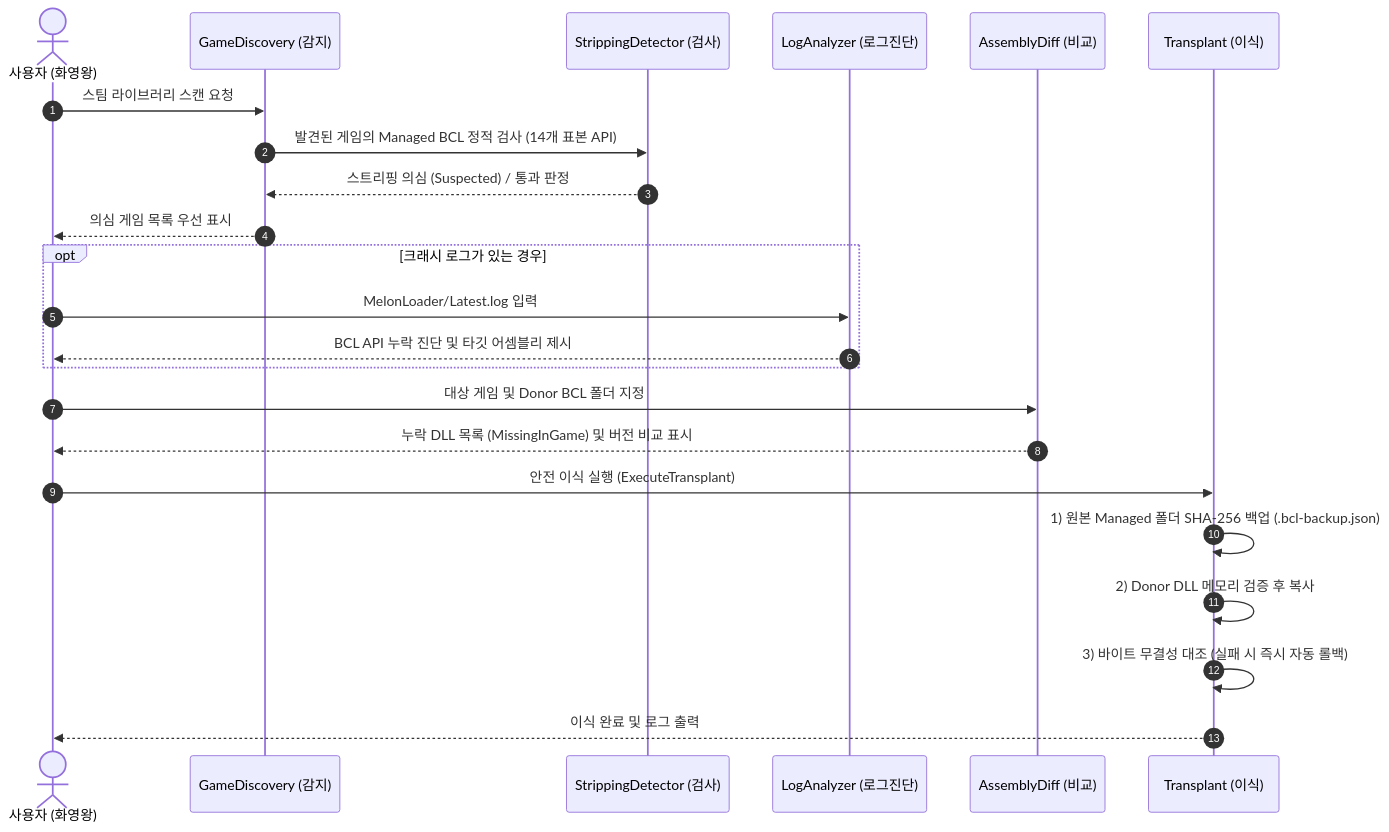
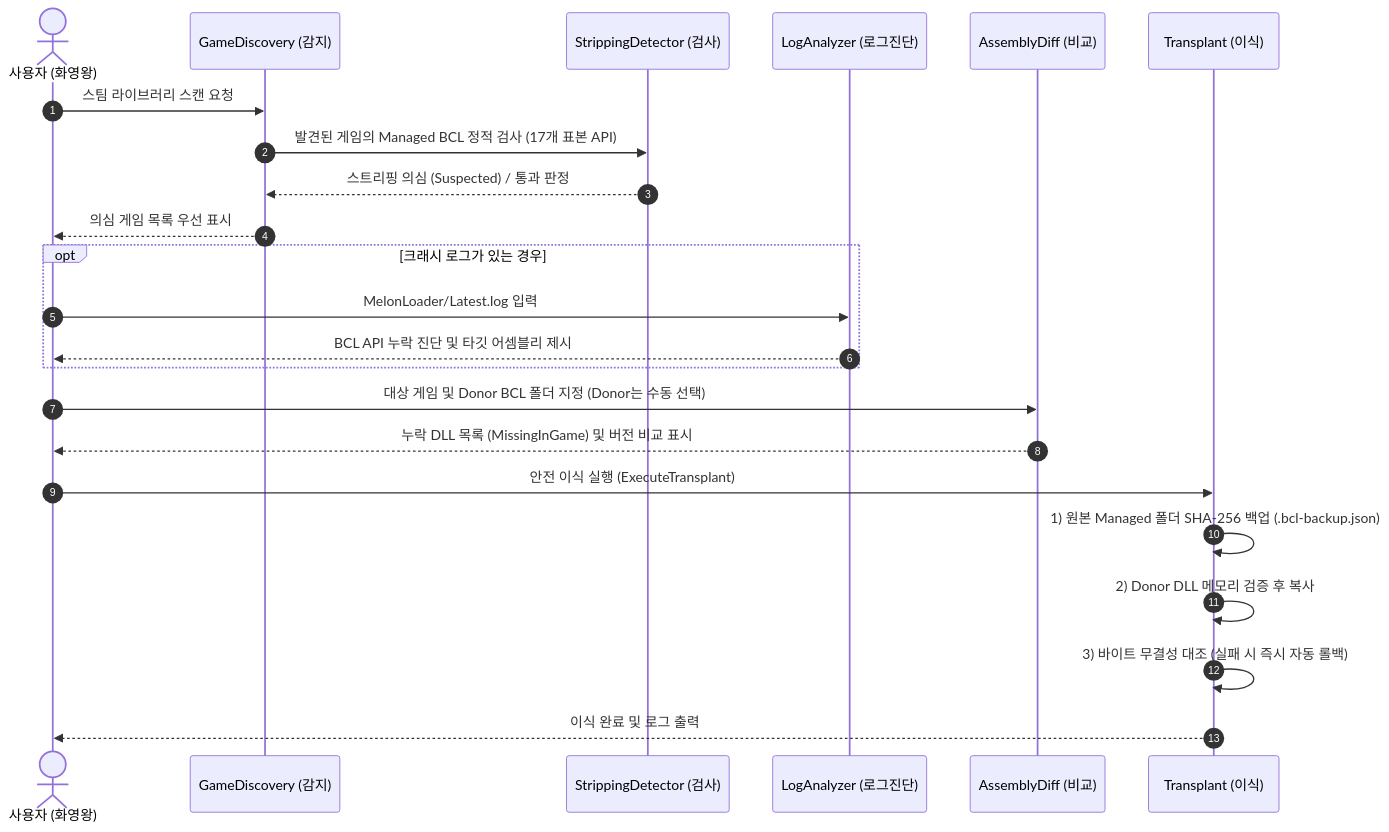
One commit to magjangin/bcl-tool-app changed the diagram in docs/01-tool-overview-and-architecture.md. Above: the diagram before and after it, drawn with Mermaid. The commit also changed other lines of this file and 9 other files, not shown here.

````diff
--- a/docs/01-tool-overview-and-architecture.md
+++ b/docs/01-tool-overview-and-architecture.md
@@ -63,29 +64,29 @@
 ```mermaid
 sequenceDiagram
     autonumber
     actor User as 사용자 (화영왕)
     participant GD as GameDiscovery (감지)
     participant Det as StrippingDetector (검사)
     participant Log as LogAnalyzer (로그진단)
     participant Diff as AssemblyDiff (비교)
     participant Trans as Transplant (이식)
 
     User->>GD: 스팀 라이브러리 스캔 요청
-    GD->>Det: 발견된 게임의 Managed BCL 정적 검사 (14개 표본 API)
+    GD->>Det: 발견된 게임의 Managed BCL 정적 검사 (17개 표본 API)
     Det-->>GD: 스트리핑 의심 (Suspected) / 통과 판정
     GD-->>User: 의심 게임 목록 우선 표시
 
     opt 크래시 로그가 있는 경우
         User->>Log: MelonLoader/Latest.log 입력
         Log-->>User: BCL API 누락 진단 및 타깃 어셈블리 제시
     end
 
-    User->>Diff: 대상 게임 및 Donor BCL 폴더 지정
+    User->>Diff: 대상 게임 및 Donor BCL 폴더 지정 (Donor는 수동 선택)
     Diff-->>User: 누락 DLL 목록 (MissingInGame) 및 버전 비교 표시
     
     User->>Trans: 안전 이식 실행 (ExecuteTransplant)
     Trans->>Trans: 1) 원본 Managed 폴더 SHA-256 백업 (.bcl-backup.json)
     Trans->>Trans: 2) Donor DLL 메모리 검증 후 복사
     Trans->>Trans: 3) 바이트 무결성 대조 (실패 시 즉시 자동 롤백)
     Trans-->>User: 이식 완료 및 로그 출력
 ```
````
